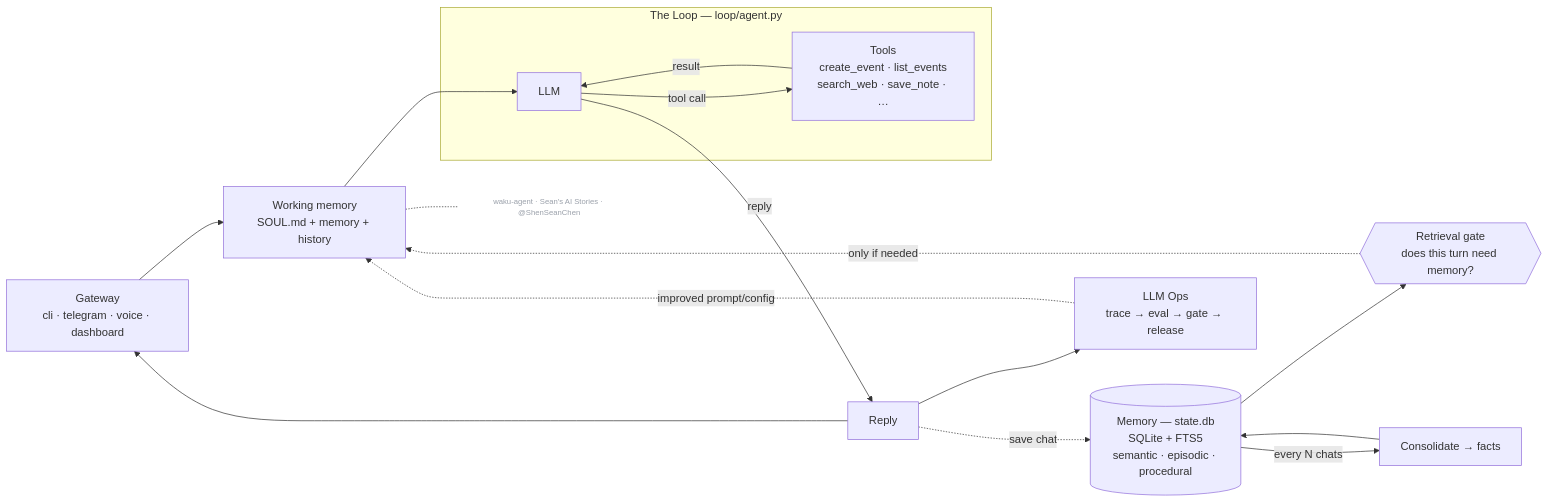
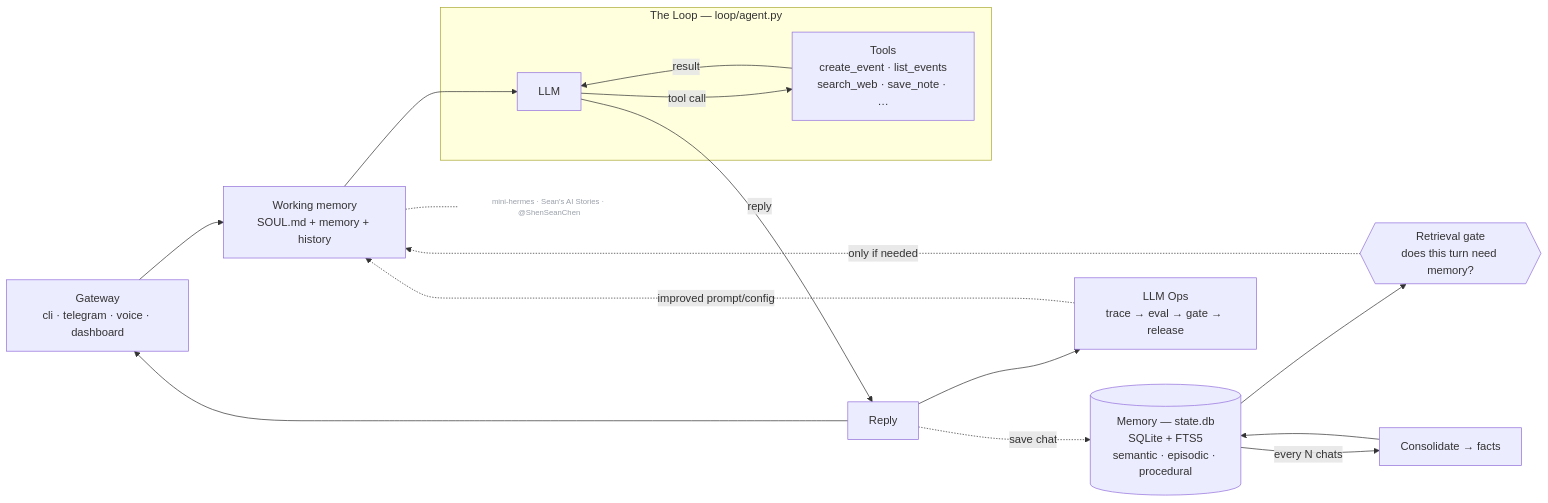
One commit to qiqiqia777/mini-hermes changed the diagram in README.md. Above: the diagram before and after it, drawn with Mermaid. The commit also changed other lines of this file and 17 other files, not shown here.

Commit message:
chore: rename project to mini-hermes

````diff
--- a/README.md
+++ b/README.md
@@ -122,18 +120,18 @@
 ```mermaid
 flowchart LR
   GW["Gateway<br/>cli · telegram · voice · dashboard"] --> WM["Working memory<br/>SOUL.md + memory + history"]
   WM --> LLM
   subgraph LOOP["The Loop — loop/agent.py"]
     LLM["LLM"] -->|tool call| TOOLS["Tools<br/>create_event · list_events<br/>search_web · save_note · …"]
     TOOLS -->|result| LLM
   end
   LLM -->|reply| REPLY["Reply"] --> GW
   GATE{{"Retrieval gate<br/>does this turn need memory?"}} -. only if needed .-> WM
   MEM[("Memory — state.db<br/>SQLite + FTS5<br/>semantic · episodic · procedural")] --> GATE
   REPLY -. save chat .-> MEM
   MEM -->|every N chats| CONS["Consolidate → facts"] --> MEM
   REPLY --> OPS["LLM Ops<br/>trace → eval → gate → release"]
   OPS -. improved prompt/config .-> WM
-  WM -.- WATERMARK["waku-agent · Sean's AI Stories · @ShenSeanChen"]:::wm
+  WM -.- WATERMARK["mini-hermes · Sean's AI Stories · @ShenSeanChen"]:::wm
   classDef wm fill:none,stroke:none,color:#9aa0aa,font-size:11px;
 ```
````
